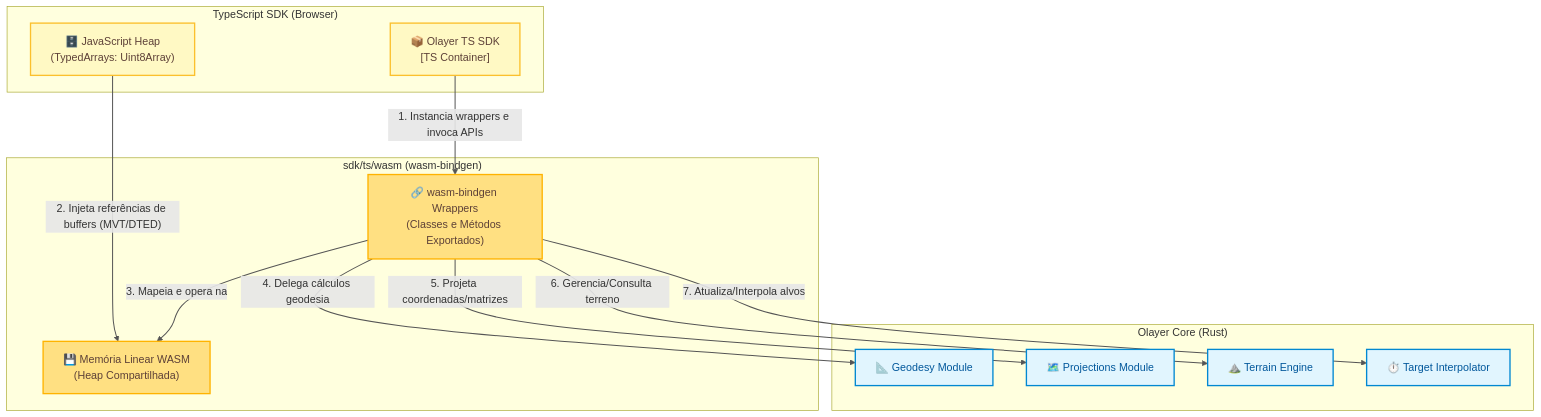
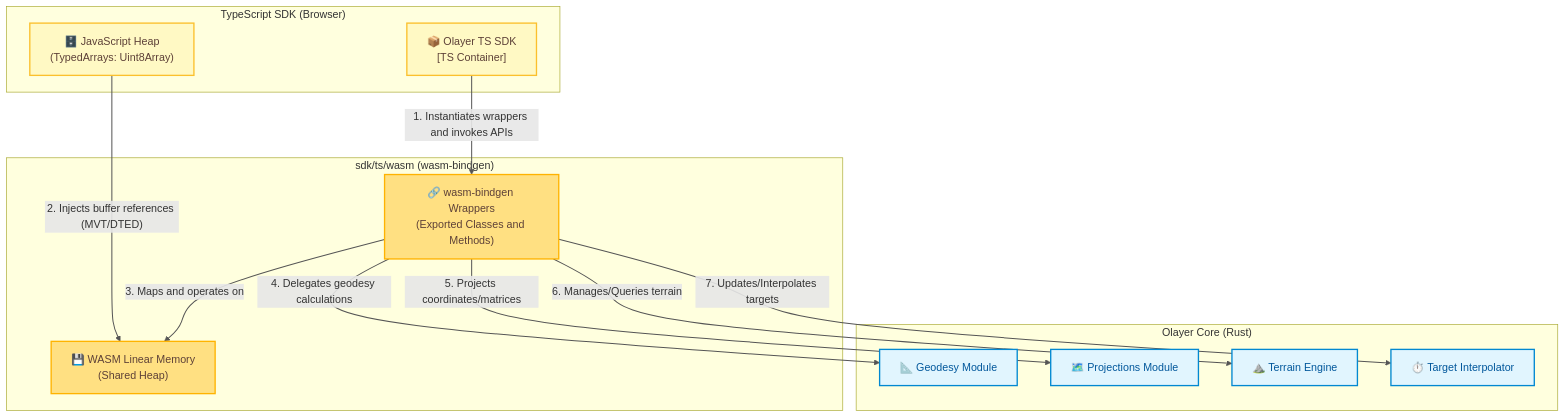
The diagram in docs/sdk/ts/wasm/arch.md (rodoni/olayer), drawn with Mermaid before and after one commit. The commit also changed other lines of this file and 29 other files, not shown here.

````diff
--- a/docs/sdk/ts/wasm/arch.md
+++ b/docs/sdk/ts/wasm/arch.md
@@ -13,36 +13,36 @@
 ```mermaid
 graph TB
     classDef js fill:#FFF9C4,stroke:#FBC02D,color:#5D4037,stroke-width:2px;
     classDef wasm fill:#FFE082,stroke:#FFB300,color:#5D4037,stroke-width:2px;
     classDef core fill:#E1F5FE,stroke:#0288D1,color:#01579B,stroke-width:2px;
 
     subgraph TS_SDK_Layer ["TypeScript SDK (Browser)"]
         ts_sdk["📦 Olayer TS SDK<br>[TS Container]"]:::js
         js_heap["🗄️ JavaScript Heap<br>(TypedArrays: Uint8Array)"]:::js
     end
 
     subgraph WASM_Bridge_Boundary ["sdk/ts/wasm (wasm-bindgen)"]
-        wasm_bindgen["🔗 wasm-bindgen Wrappers<br>(Classes e Métodos Exportados)"]:::wasm
-        wasm_memory["💾 Memória Linear WASM<br>(Heap Compartilhada)"]:::wasm
+        wasm_bindgen["🔗 wasm-bindgen Wrappers<br>(Exported Classes and Methods)"]:::wasm
+        wasm_memory["💾 WASM Linear Memory<br>(Shared Heap)"]:::wasm
     end
 
     subgraph Rust_Core_Engine ["Olayer Core (Rust)"]
         geodesy["📐 Geodesy Module"]:::core
         projections["🗺️ Projections Module"]:::core
         terrain["⛰️ Terrain Engine"]:::core
         interpolator["⏱️ Target Interpolator"]:::core
     end
 
-    %% Fluxos de Dados
-    ts_sdk -->|1. Instancia wrappers e invoca APIs| wasm_bindgen
-    js_heap -->|"2. Injeta referências de buffers (MVT/DTED)"| wasm_memory
-    wasm_bindgen -->|3. Mapeia e opera na| wasm_memory
+    %% Data Flows
+    ts_sdk -->|1. Instantiates wrappers and invokes APIs| wasm_bindgen
+    js_heap -->|"2. Injects buffer references (MVT/DTED)"| wasm_memory
+    wasm_bindgen -->|3. Maps and operates on| wasm_memory
     
-    %% Conexões com o Core Rust
-    wasm_bindgen -->|4. Delega cálculos geodesia| geodesy
-    wasm_bindgen -->|5. Projeta coordenadas/matrizes| projections
-    wasm_bindgen -->|6. Gerencia/Consulta terreno| terrain
-    wasm_bindgen -->|7. Atualiza/Interpola alvos| interpolator
+    %% Connections with Rust Core
+    wasm_bindgen -->|4. Delegates geodesy calculations| geodesy
+    wasm_bindgen -->|5. Projects coordinates/matrices| projections
+    wasm_bindgen -->|6. Manages/Queries terrain| terrain
+    wasm_bindgen -->|7. Updates/Interpolates targets| interpolator
 
     linkStyle 0,1,2,3,4,5,6 stroke:#555,stroke-width:1.5px;
 ```
````
